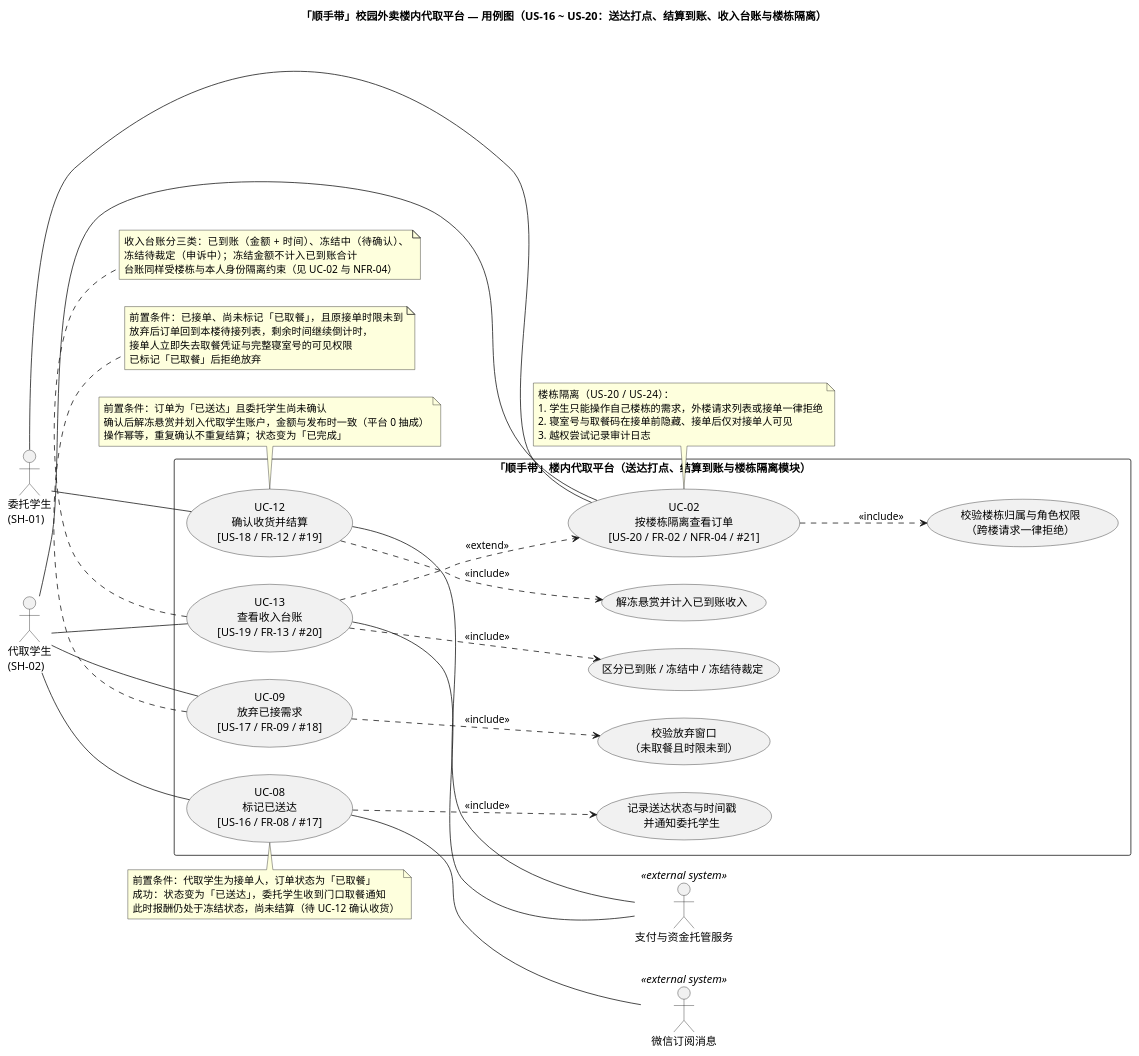
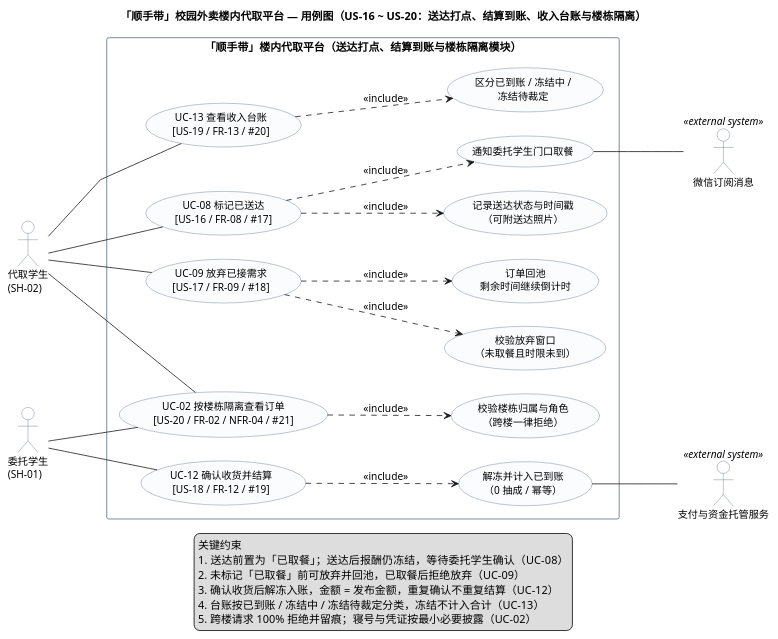
The diagram in models/use-case-us16-20.puml (GreyBlue0122/Software), drawn with PlantUML before and after one commit. The commit also changed 4 other files, not shown here.

Commit message:
feat：SRS发布v1.0(具体修改见SRS中描述）；微调了6-10，11-15，16-20，21-22的用例图的布局（原先线条会打架）并更新model中相关文件

```diff
--- a/models/use-case-us16-20.puml
+++ b/models/use-case-us16-20.puml
@@ -1,101 +1,97 @@
 @startuml use-case-us16-20
+' =========================================================
+' 布局原则：严格三列（参与者 → 主用例 → 细化用例/次参与者），
+' 所有连线只连接相邻两列，保证线条水平或短斜线、不交叉。
+' 说明统一放入不带连线的 legend，避免 note 连线横穿画面。
+' =========================================================
 left to right direction
 skinparam packageStyle rectangle
 skinparam shadowing false
+skinparam linetype polyline
+skinparam nodesep 30
+skinparam ranksep 90
+skinparam defaultFontName "Microsoft YaHei"
+skinparam usecase {
+  BackgroundColor #FBFCFE
+  BorderColor #566B80
+  FontSize 13
+}
+skinparam actor {
+  BackgroundColor #FFFFFF
+  BorderColor #566B80
+  FontSize 13
+}
+skinparam rectangle {
+  BorderColor #566B80
+  FontSize 14
+}
 
 title 「顺手带」校园外卖楼内代取平台 — 用例图（US-16 ~ US-20：送达打点、结算到账、收入台账与楼栋隔离）
 
 ' =========================================================
-' 参与者定义（区分主参与者 / 次参与者）
+' 参与者：主参与者在左，次参与者在右
 ' =========================================================
-' 主参与者（左侧）：完成送达打点、放弃、结算与收入查看的用户
 actor "代取学生\n(SH-02)" as Carrier
 actor "委托学生\n(SH-01)" as Requester
-
-' 次参与者（右侧）：被系统调用以协助完成用例的外部集成系统
 actor "支付与资金托管服务" as PaymentService <<external system>>
 actor "微信订阅消息" as WeChatNotify <<external system>>
 
 ' =========================================================
-' 系统边界（覆盖送达打点、结算到账、收入台账与楼栋隔离模块）
+' 系统边界：第一列主用例，第二列细化用例
 ' =========================================================
 rectangle "「顺手带」楼内代取平台（送达打点、结算到账与楼栋隔离模块）" {
-  usecase "UC-08\n标记已送达\n[US-16 / FR-08 / #17]" as UC08
-  usecase "记录送达状态与时间戳\n并通知委托学生" as RecordDelivered
+  usecase "UC-08 标记已送达\n[US-16 / FR-08 / #17]" as UC08
+  usecase "UC-09 放弃已接需求\n[US-17 / FR-09 / #18]" as UC09
+  usecase "UC-13 查看收入台账\n[US-19 / FR-13 / #20]" as UC13
+  usecase "UC-12 确认收货并结算\n[US-18 / FR-12 / #19]" as UC12
+  usecase "UC-02 按楼栋隔离查看订单\n[US-20 / FR-02 / NFR-04 / #21]" as UC02
 
-  usecase "UC-09\n放弃已接需求\n[US-17 / FR-09 / #18]" as UC09
-  usecase "校验放弃窗口\n（未取餐且时限未到）" as CheckAbandon
-
-  usecase "UC-12\n确认收货并结算\n[US-18 / FR-12 / #19]" as UC12
-  usecase "解冻悬赏并计入已到账收入" as SettleFund
-
-  usecase "UC-13\n查看收入台账\n[US-19 / FR-13 / #20]" as UC13
-  usecase "区分已到账 / 冻结中 / 冻结待裁定" as LedgerCategory
-
-  usecase "UC-02\n按楼栋隔离查看订单\n[US-20 / FR-02 / NFR-04 / #21]" as UC02
-  usecase "校验楼栋归属与角色权限\n（跨楼请求一律拒绝）" as CheckBuildingScope
+  usecase "记录送达状态与时间戳\n（可附送达照片）" as UC08_1
+  usecase "通知委托学生门口取餐" as UC08_2
+  usecase "校验放弃窗口\n（未取餐且时限未到）" as UC09_1
+  usecase "订单回池\n剩余时间继续倒计时" as UC09_2
+  usecase "解冻并计入已到账\n（0 抽成 / 幂等）" as UC12_1
+  usecase "区分已到账 / 冻结中 /\n冻结待裁定" as UC13_1
+  usecase "校验楼栋归属与角色\n（跨楼一律拒绝）" as UC02_1
 }
 
 ' =========================================================
-' 主参与者与用例关联
+' 主参与者与主用例（实线，左 → 右）
 ' =========================================================
 Carrier -- UC08
 Carrier -- UC09
 Carrier -- UC13
+Requester -- UC12
 Carrier -- UC02
-Requester -- UC12
 Requester -- UC02
 
 ' =========================================================
-' 用例间关系（<<include>> / <<extend>>）
+' 主用例与细化用例（include 虚线，主用例 → 细化用例）
 ' =========================================================
-UC08 ..> RecordDelivered : <<include>>
-UC09 ..> CheckAbandon : <<include>>
-UC12 ..> SettleFund : <<include>>
-UC13 ..> LedgerCategory : <<include>>
-UC02 ..> CheckBuildingScope : <<include>>
-UC13 ..> UC02 : <<extend>>
+UC08 ..> UC08_1 : <<include>>
+UC08 ..> UC08_2 : <<include>>
+UC09 ..> UC09_1 : <<include>>
+UC09 ..> UC09_2 : <<include>>
+UC12 ..> UC12_1 : <<include>>
+UC13 ..> UC13_1 : <<include>>
+UC02 ..> UC02_1 : <<include>>
 
 ' =========================================================
-' 次参与者与用例关联（右侧外部系统）
+' 细化用例与次参与者（实线，细化用例 → 次参与者）
 ' =========================================================
-UC08 -- WeChatNotify
-UC12 -- PaymentService
-UC13 -- PaymentService
+UC08_2 -- WeChatNotify
+UC12_1 -- PaymentService
 
 ' =========================================================
-' 关键前置条件与业务约束注释
+' 业务约束说明（独立图例，不连线）
 ' =========================================================
-note top of UC08
-  前置条件：代取学生为接单人，订单状态为「已取餐」
-  成功：状态变为「已送达」，委托学生收到门口取餐通知
-  此时报酬仍处于冻结状态，尚未结算（待 UC-12 确认收货）
-end note
-
-note bottom of UC09
-  前置条件：已接单、尚未标记「已取餐」，且原接单时限未到
-  放弃后订单回到本楼待接列表，剩余时间继续倒计时，
-  接单人立即失去取餐凭证与完整寝室号的可见权限
-  已标记「已取餐」后拒绝放弃
-end note
-
-note top of UC12
-  前置条件：订单为「已送达」且委托学生尚未确认
-  确认后解冻悬赏并划入代取学生账户，金额与发布时一致（平台 0 抽成）
-  操作幂等，重复确认不重复结算；状态变为「已完成」
-end note
-
-note bottom of UC13
-  收入台账分三类：已到账（金额 + 时间）、冻结中（待确认）、
-  冻结待裁定（申诉中）；冻结金额不计入已到账合计
-  台账同样受楼栋与本人身份隔离约束（见 UC-02 与 NFR-04）
-end note
-
-note top of UC02
-  楼栋隔离（US-20 / US-24）：
-  1. 学生只能操作自己楼栋的需求，外楼请求列表或接单一律拒绝
-  2. 寝室号与取餐码在接单前隐藏、接单后仅对接单人可见
-  3. 越权尝试记录审计日志
-end note
+legend bottom
+  关键约束
+  1. 送达前置为「已取餐」；送达后报酬仍冻结，等待委托学生确认（UC-08）
+  2. 未标记「已取餐」前可放弃并回池，已取餐后拒绝放弃（UC-09）
+  3. 确认收货后解冻入账，金额 = 发布金额，重复确认不重复结算（UC-12）
+  4. 台账按已到账 / 冻结中 / 冻结待裁定分类，冻结不计入合计（UC-13）
+  5. 跨楼请求 100% 拒绝并留痕；寝号与凭证按最小必要披露（UC-02）
+endlegend
 
 @enduml
```
